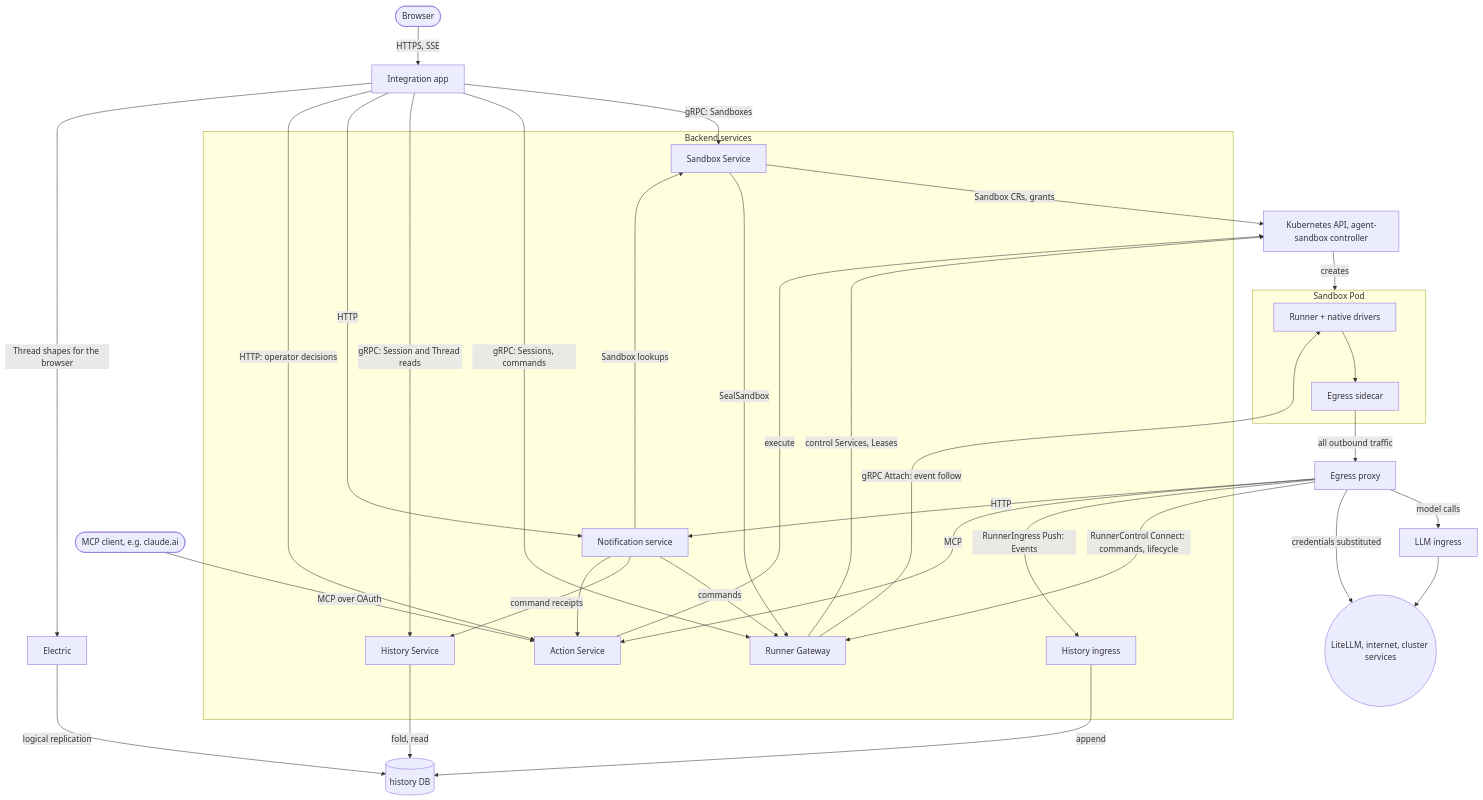
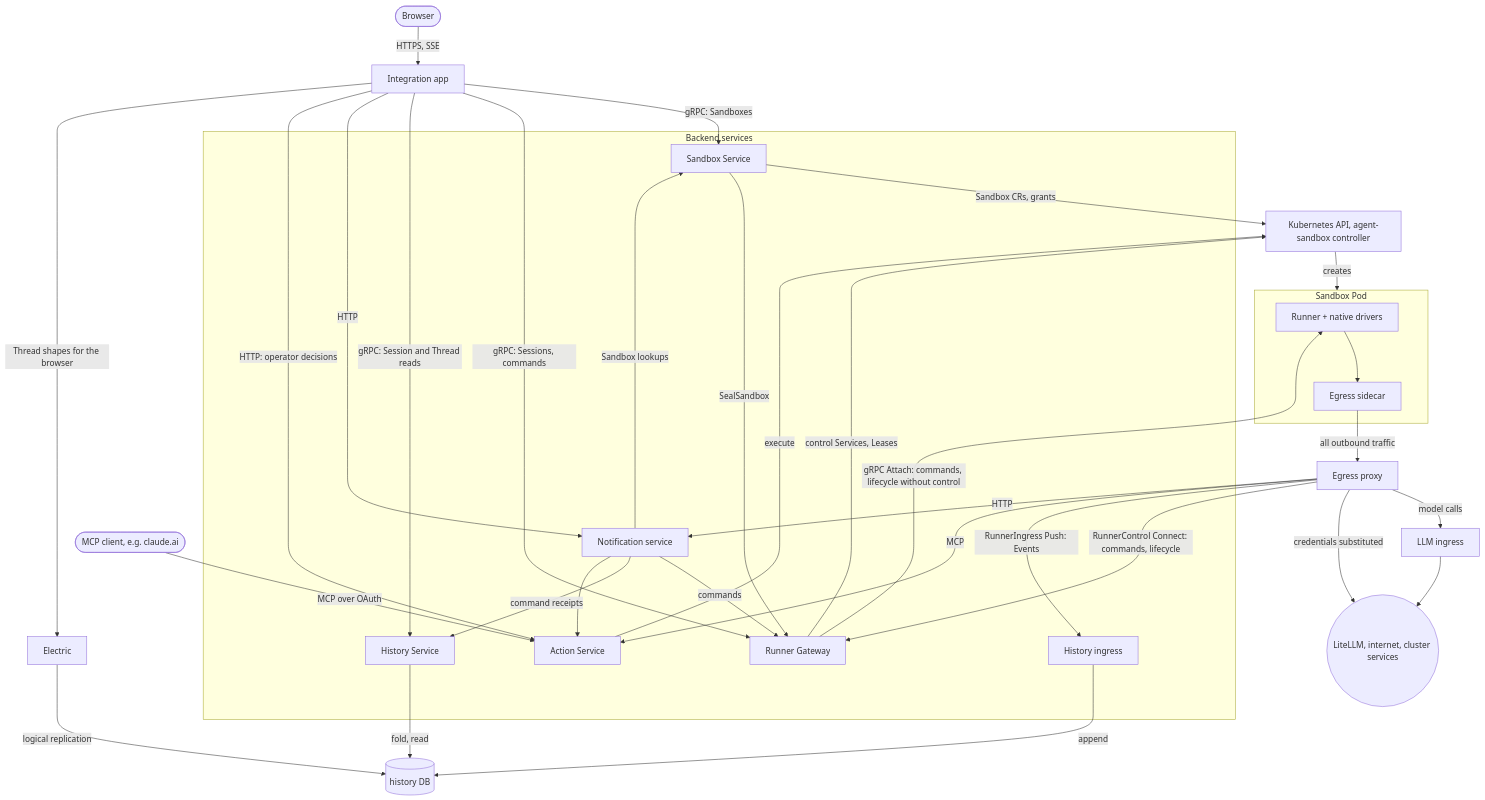
One commit to agentydragon/ducktape changed the diagram in agentplane/README.md. Above: the diagram before and after it, drawn with Mermaid. The commit also changed 39 other files, not shown here.

````diff
--- a/agentplane/README.md
+++ b/agentplane/README.md
@@ -30,55 +30,55 @@
 ```mermaid
 flowchart TB
     browser([Browser])
     mcp_client([MCP client, e.g. claude.ai])
     app[Integration app]
     subgraph services[Backend services]
         ss[Sandbox Service]
         gw[Runner Gateway]
         hs[History Service]
         hi[History ingress]
         notif[Notification service]
         actions[Action Service]
     end
     subgraph sandbox[Sandbox Pod]
         runner[Runner + native drivers]
         sidecar[Egress sidecar]
     end
     proxy[Egress proxy]
     llm[LLM ingress]
     k8s[Kubernetes API, agent-sandbox controller]
     electric[Electric]
     hist_db[(history DB)]
     outside((LiteLLM, internet, cluster services))
 
     browser -->|HTTPS, SSE| app
     mcp_client -->|MCP over OAuth| actions
     app -->|gRPC: Sandboxes| ss
     app -->|gRPC: Sessions, commands| gw
     app -->|gRPC: Session and Thread reads| hs
     app -->|HTTP| notif
     app -->|HTTP: operator decisions| actions
     app -->|Thread shapes for the browser| electric
     electric -->|logical replication| hist_db
 
     ss -->|Sandbox CRs, grants| k8s
     ss -->|SealSandbox| gw
     k8s -->|creates| sandbox
     gw -->|control Services, Leases| k8s
-    gw -->|gRPC Attach: event follow| runner
+    gw -->|gRPC Attach: commands, lifecycle without control| runner
     hs -->|fold, read| hist_db
     hi -->|append| hist_db
     notif -->|Sandbox lookups| ss
     notif -->|commands| gw
     notif -->|command receipts| hs
     notif --> actions
     actions -->|execute| k8s
 
     runner --> sidecar -->|all outbound traffic| proxy
     proxy -->|RunnerControl Connect: commands, lifecycle| gw
     proxy -->|RunnerIngress Push: Events| hi
     proxy -->|MCP| actions
     proxy -->|HTTP| notif
     proxy -->|model calls| llm --> outside
     proxy -->|credentials substituted| outside
 ```
````
